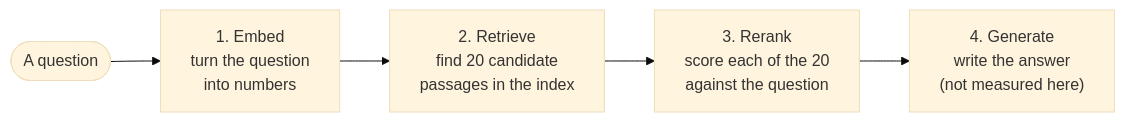
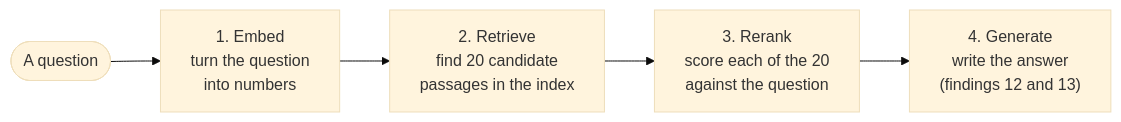
The diagram in experiments-explained/README.md (msobroza/rag_topology_loadtest), drawn with Mermaid (base theme) before and after one commit. The commit also changed other lines of this file and 15 other files, not shown here.

First line of the commit message:
The tour gains two findings on the generate stage, each with a chart drawn from the new sitting

````diff
--- a/experiments-explained/README.md
+++ b/experiments-explained/README.md
@@ -42,7 +48,7 @@
 ```mermaid
 flowchart LR
     Q([A question]) --> E["1. Embed<br/>turn the question<br/>into numbers"]
     E --> R["2. Retrieve<br/>find 20 candidate<br/>passages in the index"]
     R --> K["3. Rerank<br/>score each of the 20<br/>against the question"]
-    K --> G["4. Generate<br/>write the answer<br/>(not measured here)"]
+    K --> G["4. Generate<br/>write the answer<br/>(findings 12 and 13)"]
 ```
````
